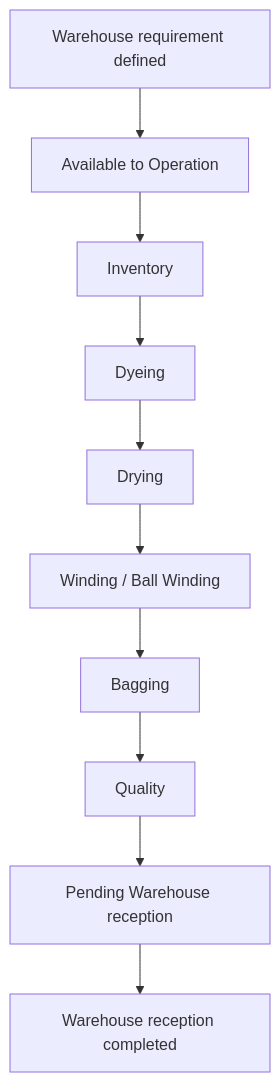
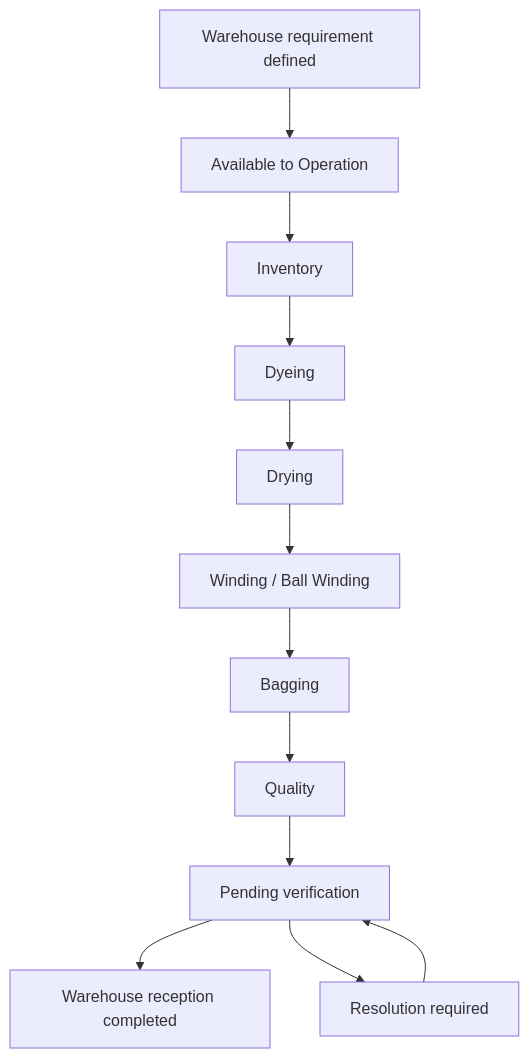
Before and after one commit to luiscm17/colibri-hub: the second of 2 diagrams in docs/prd/operation/lot-processing.md, drawn with Mermaid. The commit also changed other lines of this file and 4 other files, not shown here.

````diff
--- a/docs/prd/operation/lot-processing.md
+++ b/docs/prd/operation/lot-processing.md
@@ -339,16 +361,20 @@
 ```mermaid
 flowchart TD
     REQ["Warehouse requirement defined"]
     AVA["Available to Operation"]
     INV["Inventory"]
     DYE["Dyeing"]
     DRY["Drying"]
     WIN["Winding / Ball Winding"]
     BAG["Bagging"]
     QUA["Quality"]
-    PEN["Pending Warehouse reception"]
+    PEN["Pending verification"]
+    RES["Resolution required"]
     COM["Warehouse reception completed"]
     REQ --> AVA
     AVA --> INV --> DYE --> DRY --> WIN --> BAG --> QUA
-    QUA --> PEN --> COM
+    QUA --> PEN
+    PEN --> COM
+    PEN --> RES
+    RES --> PEN
 ```
````
